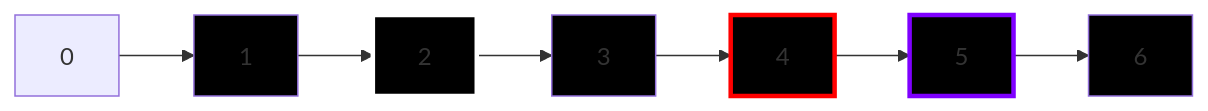
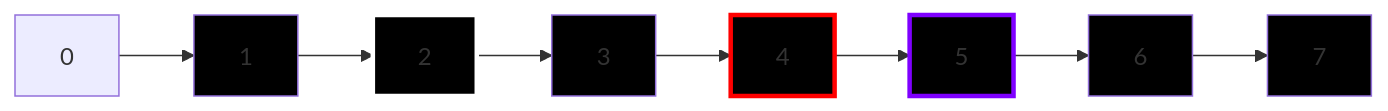
The fourth of 11 diagrams in README.md (west7/EDA2), drawn with Mermaid before and after one commit. The commit also changed other lines of this file, not shown here.

````diff
--- a/README.md
+++ b/README.md
@@ -421,19 +422,19 @@
 ```mermaid
-
-
     graph LR;
     A[0] --> B[1]
     B --> C[2]
     C --> D[3]
     D --> E[4]
     E --> F[5]
     F --> G[6]
+    G --> H[7]
+
 
     style C stroke-width:3px, stroke: #FFFFFF
     style E stroke-width:3px, stroke: #FF0000 
     style F stroke-width:3px, stroke: #7F00FF
     
 
     classDef myNodeStyle fill:#000000;
-    class C,B,D,E,F,G myNodeStyle;
+    class C,B,D,E,F,G,H myNodeStyle;
 ```
````
